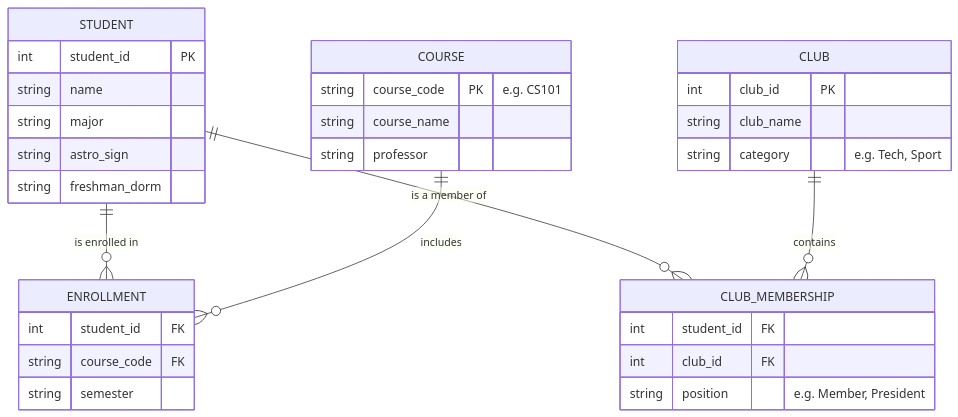
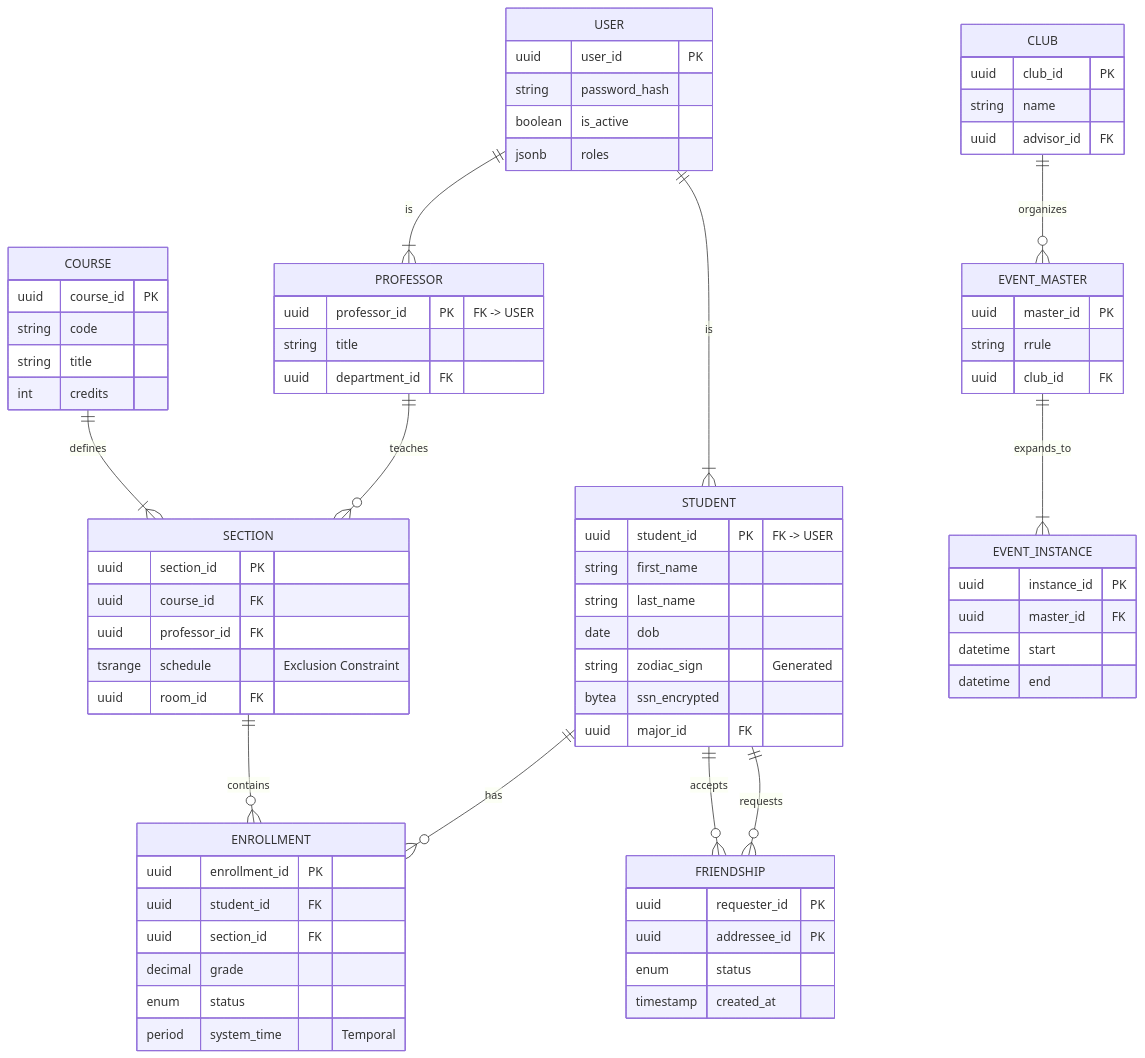
Before and after one commit to aguo890/ForgeLaunchJan302026: the diagram in submission/FINAL_SUBMISSION.md, drawn with Mermaid. The commit also changed other lines of this file and 4 other files, not shown here.

````diff
--- a/submission/FINAL_SUBMISSION.md
+++ b/submission/FINAL_SUBMISSION.md
@@ -301,39 +835,82 @@
 ```mermaid
 erDiagram
-    STUDENT ||--o{ ENROLLMENT : "is enrolled in"
-    COURSE ||--o{ ENROLLMENT : "includes"
-    STUDENT ||--o{ CLUB_MEMBERSHIP : "is a member of"
-    CLUB ||--o{ CLUB_MEMBERSHIP : "contains"
-
+    %% Identity & RBAC
+    USER {
+        uuid user_id PK
+        string password_hash
+        boolean is_active
+        jsonb roles
+    }
     STUDENT {
-        int student_id PK
-        string name
-        string major
-        string astro_sign
-        string freshman_dorm
+        uuid student_id PK "FK -> USER"
+        string first_name
+        string last_name
+        date dob
+        string zodiac_sign "Generated"
+        bytea ssn_encrypted
+        uuid major_id FK
+    }
+    PROFESSOR {
+        uuid professor_id PK "FK -> USER"
+        string title
+        uuid department_id FK
     }
 
+    %% Academic
     COURSE {
-        string course_code PK "e.g. CS101"
-        string course_name
-        string professor
+        uuid course_id PK
+        string code
+        string title
+        int credits
+    }
+    SECTION {
+        uuid section_id PK
+        uuid course_id FK
+        uuid professor_id FK
+        tsrange schedule "Exclusion Constraint"
+        uuid room_id FK
+    }
+    ENROLLMENT {
+        uuid enrollment_id PK
+        uuid student_id FK
+        uuid section_id FK
+        decimal grade
+        enum status
+        period system_time "Temporal"
     }
 
+    %% Social
     CLUB {
-        int club_id PK
-        string club_name
-        string category "e.g. Tech, Sport"
+        uuid club_id PK
+        string name
+        uuid advisor_id FK
+    }
+    EVENT_MASTER {
+        uuid master_id PK
+        string rrule
+        uuid club_id FK
+    }
+    EVENT_INSTANCE {
+        uuid instance_id PK
+        uuid master_id FK
+        datetime start
+        datetime end
+    }
+    FRIENDSHIP {
+        uuid requester_id PK
+        uuid addressee_id PK
+        enum status
+        timestamp created_at
     }
 
-    ENROLLMENT {
-        int student_id FK
-        string course_code FK
-        string semester
-    }
-
-    CLUB_MEMBERSHIP {
-        int student_id FK
-        int club_id FK
-        string position "e.g. Member, President"
-    }
+    USER ||--|{ STUDENT : is
+    USER ||--|{ PROFESSOR : is
+    STUDENT ||--o{ ENROLLMENT : has
+    SECTION ||--o{ ENROLLMENT : contains
+    PROFESSOR ||--o{ SECTION : teaches
+    COURSE ||--|{ SECTION : defines
+    CLUB ||--o{ EVENT_MASTER : organizes
+    EVENT_MASTER ||--|{ EVENT_INSTANCE : expands_to
+    STUDENT ||--o{ FRIENDSHIP : requests
+    STUDENT ||--o{ FRIENDSHIP : accepts
 ```
````
